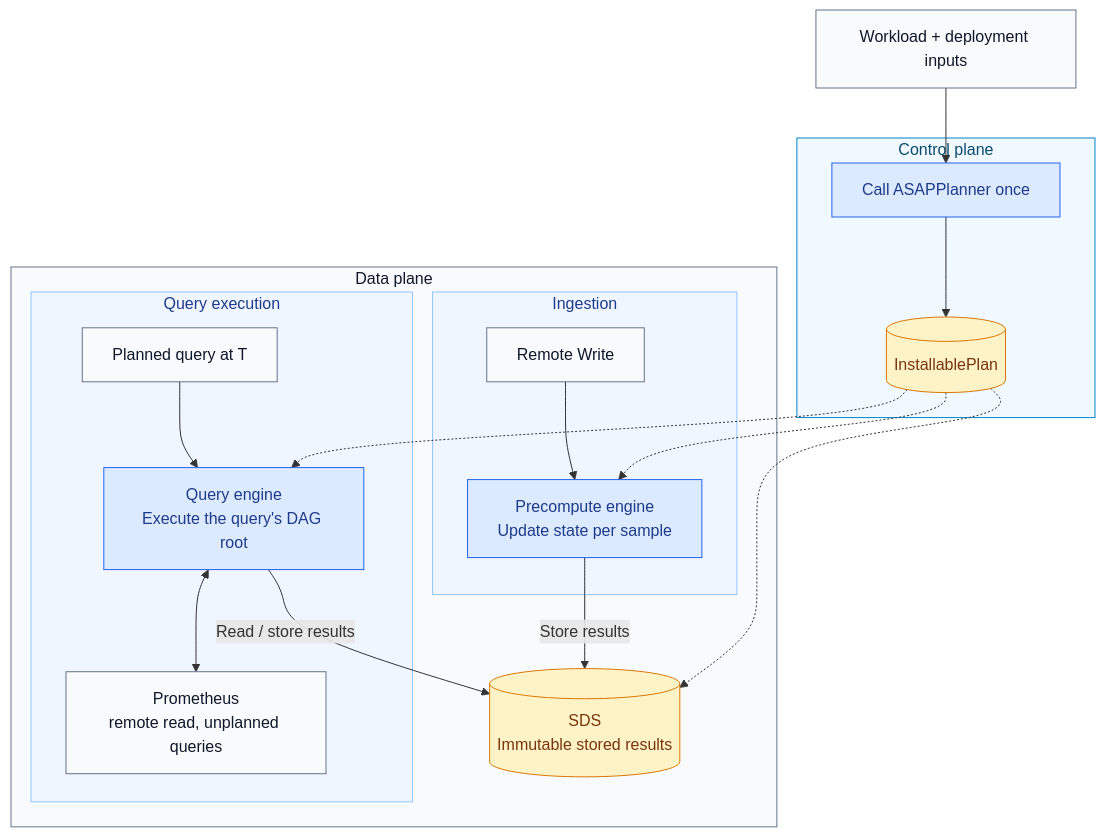
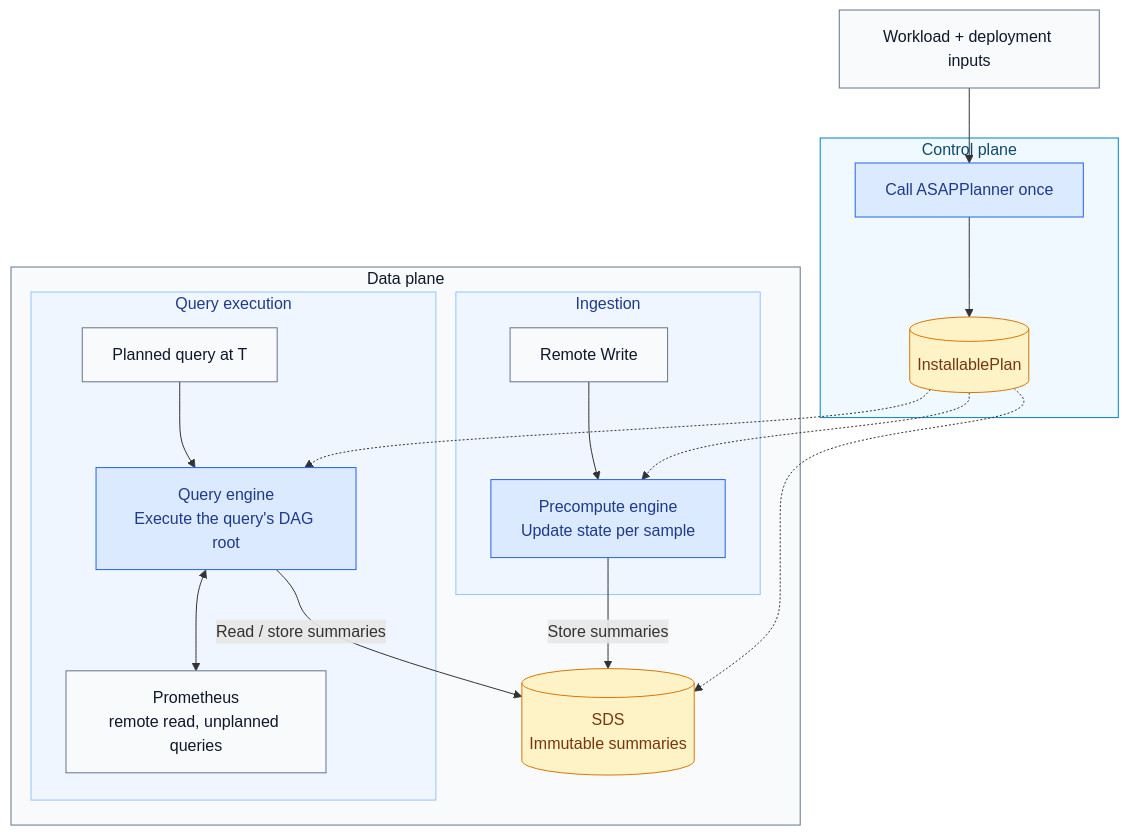
Before and after one commit to ProjectASAP/ASAPQuery-backend: the diagram in docs/design/backend-on-planner-physical-dag.md, drawn with Mermaid. The commit also changed other lines of this file, not shown here.

Commit message:
docs: use summaries consistently for SDS

````diff
--- a/docs/design/backend-on-planner-physical-dag.md
+++ b/docs/design/backend-on-planner-physical-dag.md
@@ -11,33 +11,33 @@
 ```mermaid
 flowchart TB
   W[Workload + deployment inputs] --> PL
   subgraph CP[Control plane]
     PL[Call ASAPPlanner once] --> P[(InstallablePlan)]
   end
   subgraph DP[Data plane]
     subgraph ING[Ingestion]
       RW[Remote Write] --> PE[Precompute engine<br/>Update state per sample]
     end
     subgraph QUERY[Query execution]
       Q[Planned query at T] --> QE[Query engine<br/>Execute the query's DAG root]
       QE <--> PROM[Prometheus<br/>remote read, unplanned queries]
     end
-    PE -->|Store results| SDS[(SDS<br/>Immutable stored results)]
-    QE -->|Read / store results| SDS
+    PE -->|Store summaries| SDS[(SDS<br/>Immutable summaries)]
+    QE -->|Read / store summaries| SDS
   end
 
   P -.-> PE
   P -.-> QE
   P -.-> SDS
 
   classDef input fill:#f8fafc,stroke:#64748b,color:#0f172a
   classDef engine fill:#dbeafe,stroke:#2563eb,color:#1e3a8a
   classDef storage fill:#fef3c7,stroke:#d97706,color:#78350f
   class W,RW,Q,PROM input
   class PL,PE,QE engine
   class P,SDS storage
   style CP fill:#f0f9ff,stroke:#0284c7,color:#0c4a6e
   style DP fill:#f8fafc,stroke:#64748b,color:#0f172a
   style ING fill:#eff6ff,stroke:#93c5fd,color:#1e3a8a
   style QUERY fill:#eff6ff,stroke:#93c5fd,color:#1e3a8a
 ```
````
